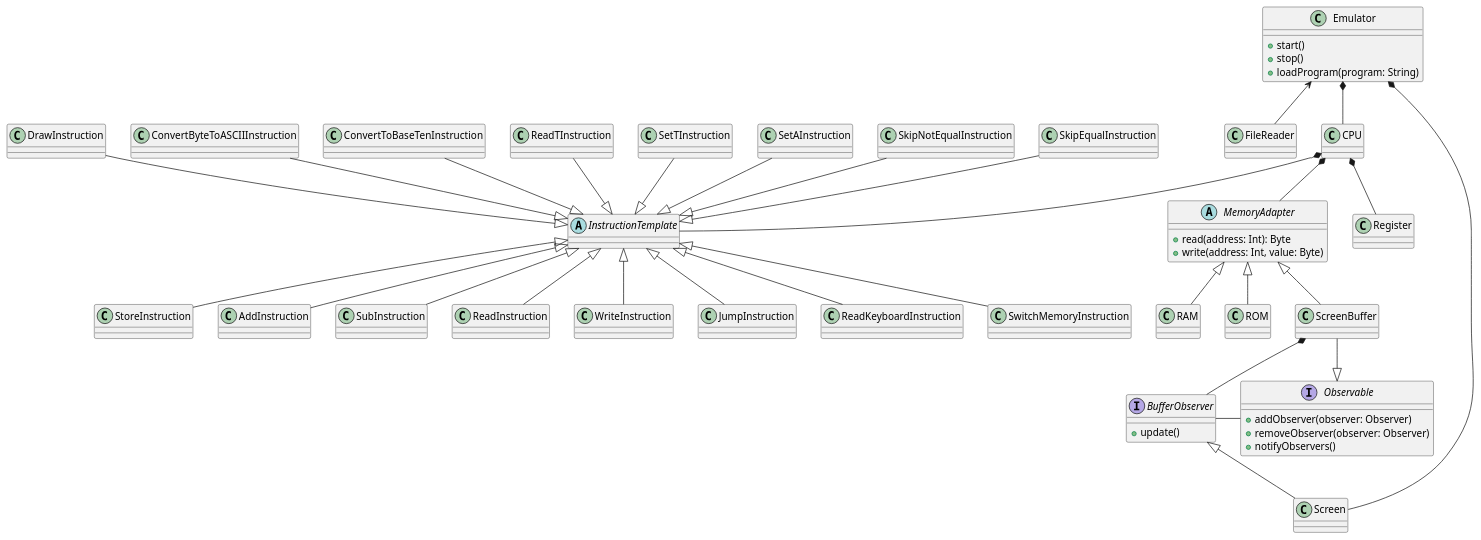
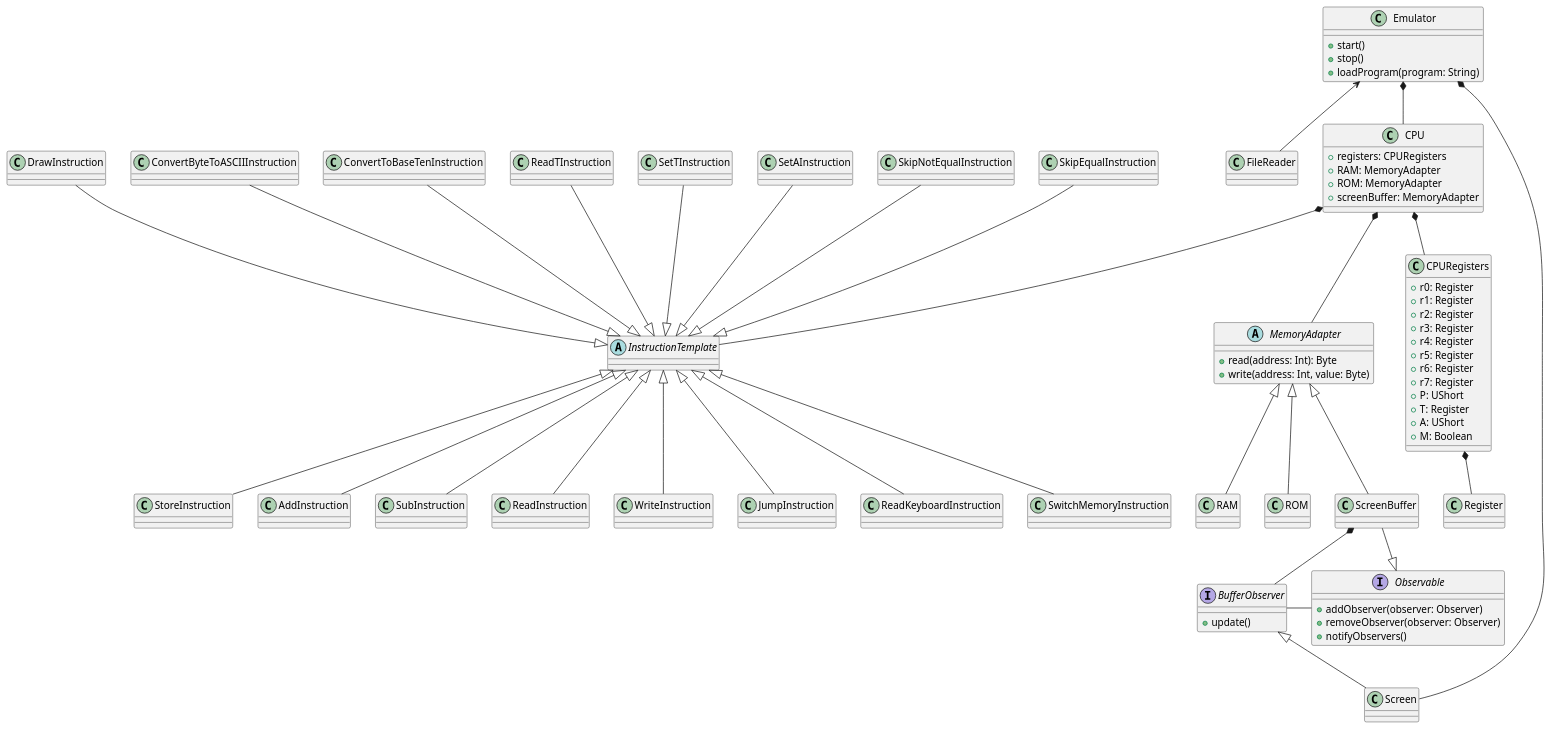
Before and after one commit to quality-liquid/cs5700-assn4-computer-emulator: the diagram in doc/uml/emulator.plantuml, drawn with PlantUML.

Commit message:
updated uml with registers

```diff
--- a/doc/uml/emulator.plantuml
+++ b/doc/uml/emulator.plantuml
@@ -1,86 +1,106 @@
 @startuml
 
 class Emulator {
   +start()
   +stop()
   +loadProgram(program: String)
 }
 
 class FileReader {}
 
 abstract class MemoryAdapter {
   +read(address: Int): Byte
   +write(address: Int, value: Byte)
 }
 
 class RAM {}
 class ROM {}
 
-class CPU {}
+class CPU {
+  + registers: CPURegisters
+  + RAM: MemoryAdapter
+  + ROM: MemoryAdapter
+  + screenBuffer: MemoryAdapter
+}
+class CPURegisters {
+  + r0: Register
+  + r1: Register
+  + r2: Register
+  + r3: Register
+  + r4: Register
+  + r5: Register
+  + r6: Register
+  + r7: Register
+  + P: UShort
+  + T: Register
+  + A: UShort
+  + M: Boolean
+}
 class Register {}
 
 abstract class InstructionTemplate {}
 class StoreInstruction
 class AddInstruction
 class SubInstruction
 class ReadInstruction
 class WriteInstruction
 class JumpInstruction
 class ReadKeyboardInstruction
 class SwitchMemoryInstruction
 class SkipEqualInstruction
 class SkipNotEqualInstruction
 class SetAInstruction
 class SetTInstruction
 class ReadTInstruction
 class ConvertToBaseTenInstruction
 class ConvertByteToASCIIInstruction
 class DrawInstruction
 
 interface Observable {
   +addObserver(observer: Observer)
   +removeObserver(observer: Observer)
   +notifyObservers()
 }
 
 interface BufferObserver {
   +update()
 }
 
 class Screen {}
 class ScreenBuffer {}
 
 Observable <|-- ScreenBuffer
 ScreenBuffer *-- BufferObserver
 BufferObserver <|-- Screen
 Emulator *-- Screen
 Observable -l- BufferObserver
 
 Emulator <-- FileReader
 Emulator *-- CPU
-CPU *-- Register
+CPURegisters *-- Register
+CPU *-- CPURegisters
 CPU *-- MemoryAdapter
 CPU *-- InstructionTemplate
 
 InstructionTemplate <|-- StoreInstruction
 InstructionTemplate <|-- AddInstruction
 InstructionTemplate <|-- SubInstruction
 InstructionTemplate <|-- ReadInstruction
 InstructionTemplate <|-- WriteInstruction
 InstructionTemplate <|-- JumpInstruction
 InstructionTemplate <|-- ReadKeyboardInstruction
 InstructionTemplate <|-- SwitchMemoryInstruction
 InstructionTemplate <|-u- SkipEqualInstruction
 InstructionTemplate <|-u- SkipNotEqualInstruction
 InstructionTemplate <|-u- SetAInstruction
 InstructionTemplate <|-u- SetTInstruction
 InstructionTemplate <|-u- ReadTInstruction
 InstructionTemplate <|-u- ConvertToBaseTenInstruction
 InstructionTemplate <|-u- ConvertByteToASCIIInstruction
 InstructionTemplate <|-u- DrawInstruction
 
 MemoryAdapter <|-- RAM
 MemoryAdapter <|-- ROM
 MemoryAdapter <|-- ScreenBuffer
 
 @enduml
```
